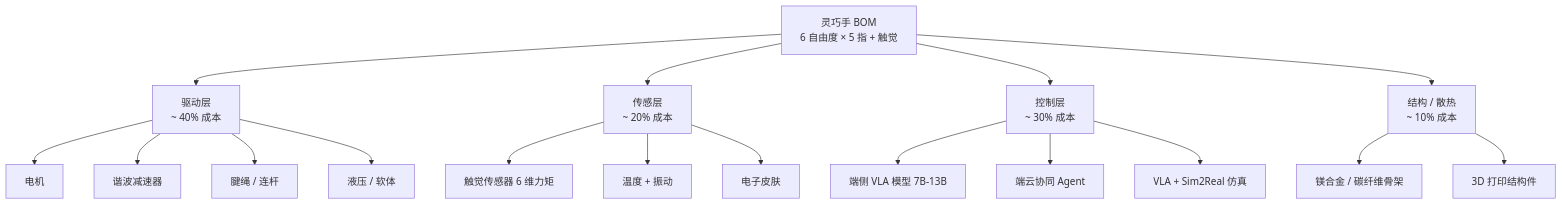
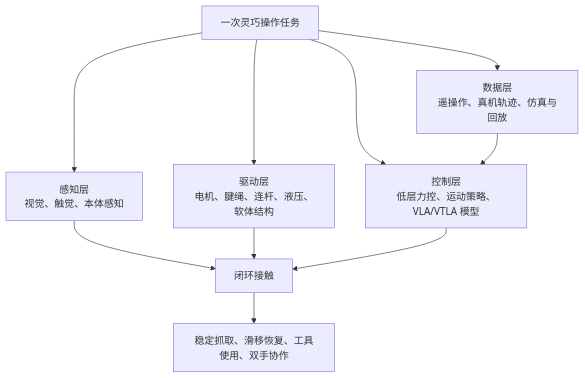
Before and after one commit to A1pha3/text-matrix: the diagram in content/posts/tech/dexterous-hand-six-schools-impossible-triangle-2026.md, drawn with Mermaid. The commit also changed other lines of this file, not shown here.

````diff
--- a/content/posts/tech/dexterous-hand-six-schools-impossible-triangle-2026.md
+++ b/content/posts/tech/dexterous-hand-six-schools-impossible-triangle-2026.md
@@ -58,19 +30,13 @@
 ```mermaid
 flowchart TB
-  A[灵巧手 BOM<br>6 自由度 × 5 指 + 触觉] --> B[驱动层<br>~ 40% 成本]
-  A --> C[传感层<br>~ 20% 成本]
-  A --> D[控制层<br>~ 30% 成本]
-  A --> E[结构 / 散热<br>~ 10% 成本]
-  B --> B1[电机]
-  B --> B2[谐波减速器]
-  B --> B3[腱绳 / 连杆]
-  B --> B4[液压 / 软体]
-  C --> C1[触觉传感器 6 维力矩]
-  C --> C2[温度 + 振动]
-  C --> C3[电子皮肤]
-  D --> D1[端侧 VLA 模型 7B-13B]
-  D --> D2[端云协同 Agent]
-  D --> D3[VLA + Sim2Real 仿真]
-  E --> E1[镁合金 / 碳纤维骨架]
-  E --> E2[3D 打印结构件]
+  Task[一次灵巧操作任务] --> Perception[感知层<br/>视觉、触觉、本体感知]
+  Task --> Actuation[驱动层<br/>电机、腱绳、连杆、液压、软体结构]
+  Task --> Control[控制层<br/>低层力控、运动策略、VLA/VTLA 模型]
+  Task --> Data[数据层<br/>遥操作、真机轨迹、仿真与回放]
+
+  Perception --> Loop[闭环接触]
+  Actuation --> Loop
+  Control --> Loop
+  Data --> Control
+  Loop --> Outcome[稳定抓取、滑移恢复、工具使用、双手协作]
 ```
````
